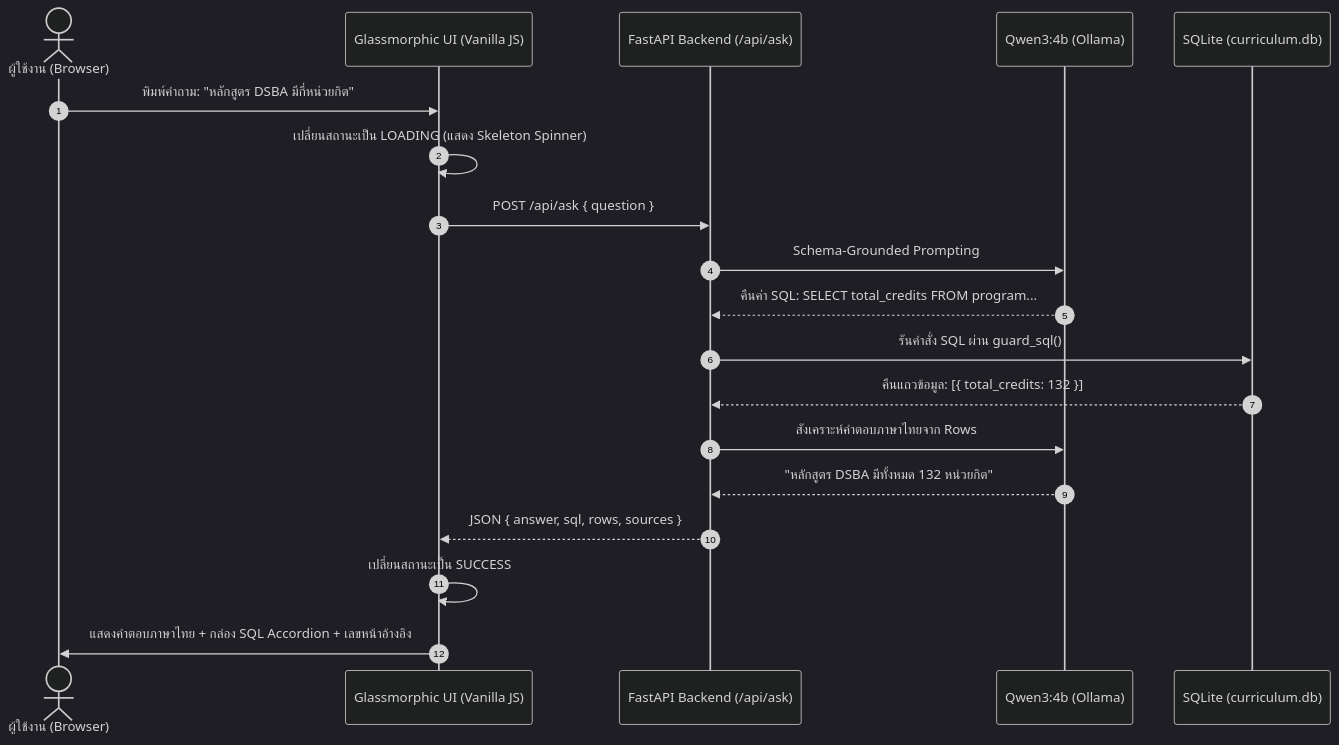
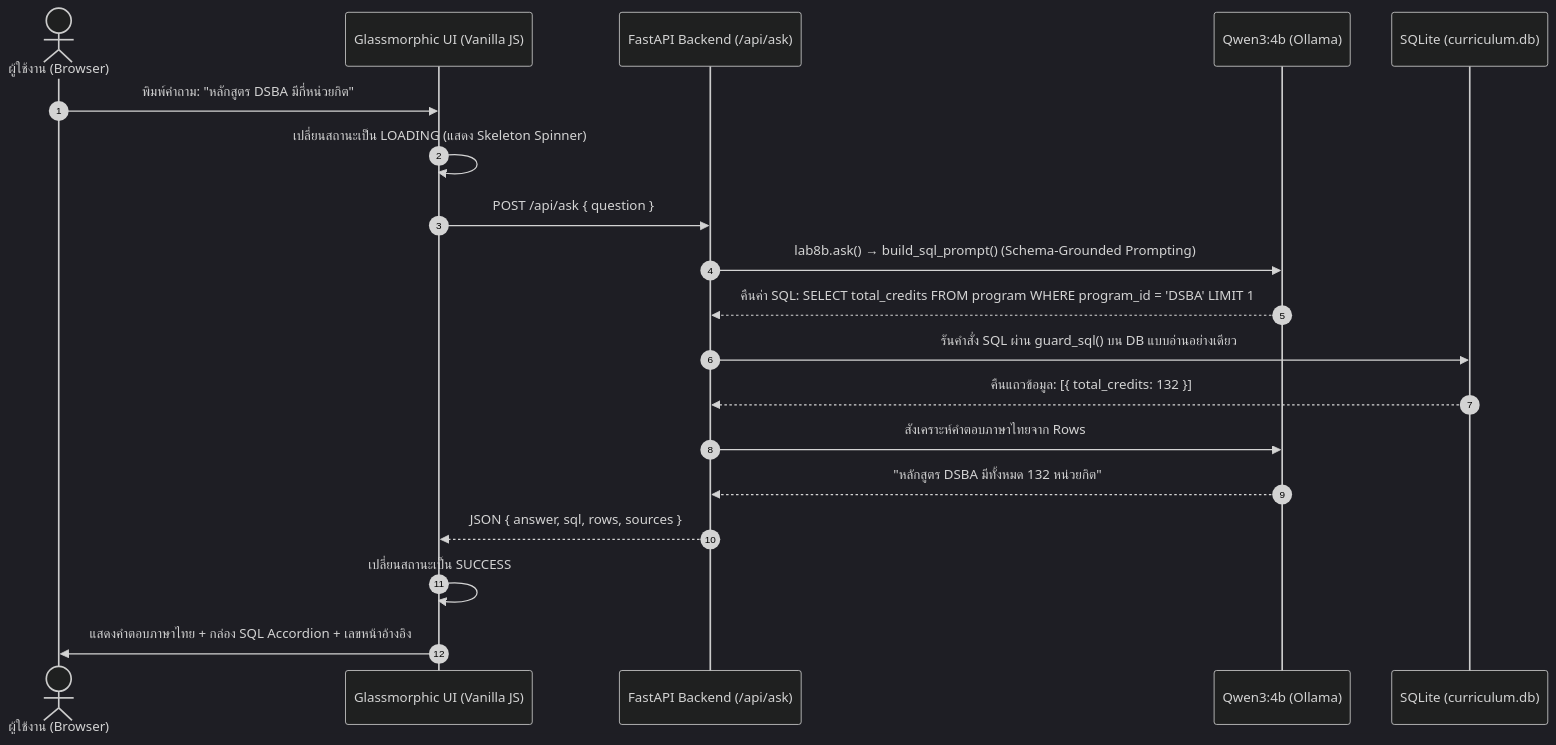
Before and after one commit to dewy-cloud/isd-2026-luksuitpiti-10: the sixth of 7 diagrams in sysdoc.md, drawn with Mermaid (dark theme). The commit also changed other lines of this file and 6 other files, not shown here.

First line of the commit message:
docs: align NL2SQL docs with the shared prompt, new metrics and citation flow

````diff
--- a/sysdoc.md
+++ b/sysdoc.md
@@ -428,22 +475,22 @@
 ```mermaid
 sequenceDiagram
     autonumber
     actor User as ผู้ใช้งาน (Browser)
     participant UI as Glassmorphic UI (Vanilla JS)
     participant API as FastAPI Backend (/api/ask)
     participant LLM as Qwen3:4b (Ollama)
     participant DB as SQLite (curriculum.db)
 
     User->>UI: พิมพ์คำถาม: "หลักสูตร DSBA มีกี่หน่วยกิต"
     UI->>UI: เปลี่ยนสถานะเป็น LOADING (แสดง Skeleton Spinner)
     UI->>API: POST /api/ask { question }
-    API->>LLM: Schema-Grounded Prompting
-    LLM-->>API: คืนค่า SQL: SELECT total_credits FROM program...
-    API->>DB: รันคำสั่ง SQL ผ่าน guard_sql()
+    API->>LLM: lab8b.ask() → build_sql_prompt() (Schema-Grounded Prompting)
+    LLM-->>API: คืนค่า SQL: SELECT total_credits FROM program WHERE program_id = 'DSBA' LIMIT 1
+    API->>DB: รันคำสั่ง SQL ผ่าน guard_sql() บน DB แบบอ่านอย่างเดียว
     DB-->>API: คืนแถวข้อมูล: [{ total_credits: 132 }]
     API->>LLM: สังเคราะห์คำตอบภาษาไทยจาก Rows
     LLM-->>API: "หลักสูตร DSBA มีทั้งหมด 132 หน่วยกิต"
     API-->>UI: JSON { answer, sql, rows, sources }
     UI->>UI: เปลี่ยนสถานะเป็น SUCCESS
     UI->>User: แสดงคำตอบภาษาไทย + กล่อง SQL Accordion + เลขหน้าอ้างอิง
 ```
````
